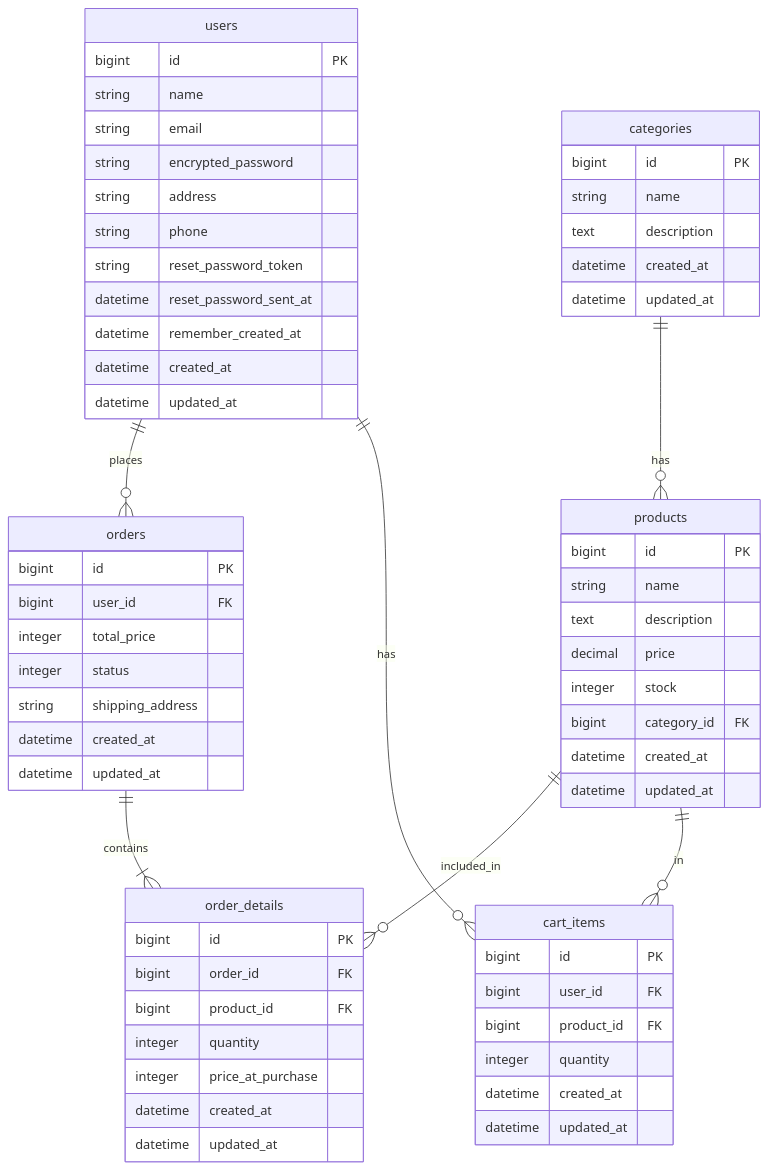
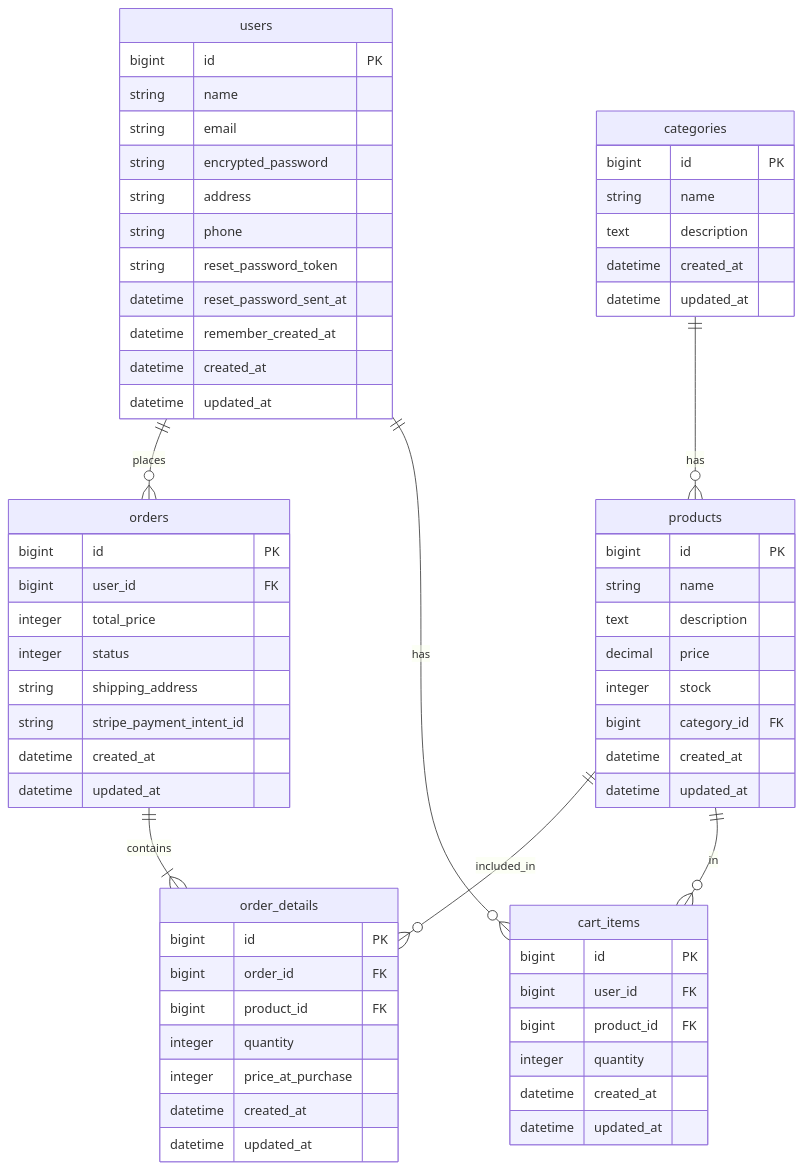
One commit to tomooshima0828/portfolio-next-rails-ecsite changed the diagram in docs/specifications/er_diagram.md. Above: the diagram before and after it, drawn with Mermaid. The commit also changed 4 other files, not shown here.

````diff
--- a/docs/specifications/er_diagram.md
+++ b/docs/specifications/er_diagram.md
@@ -3,74 +3,75 @@
 ```mermaid
 erDiagram
     users {
         bigint id PK
         string name
         string email
         string encrypted_password
         string address
         string phone
         string reset_password_token
         datetime reset_password_sent_at
         datetime remember_created_at
         datetime created_at
         datetime updated_at
     }
 
     products {
         bigint id PK
         string name
         text description
         decimal price
         integer stock
         bigint category_id FK
         datetime created_at
         datetime updated_at
     }
 
     categories {
         bigint id PK
         string name
         text description
         datetime created_at
         datetime updated_at
     }
 
     orders {
         bigint id PK
         bigint user_id FK
         integer total_price
         integer status
         string shipping_address
+        string stripe_payment_intent_id
         datetime created_at
         datetime updated_at
     }
 
     order_details {
         bigint id PK
         bigint order_id FK
         bigint product_id FK
         integer quantity
         integer price_at_purchase
         datetime created_at
         datetime updated_at
     }
 
     cart_items {
         bigint id PK
         bigint user_id FK
         bigint product_id FK
         integer quantity
         datetime created_at
         datetime updated_at
     }
 
     users ||--o{ orders : "places"
     users ||--o{ cart_items : "has"
 
     orders ||--|{ order_details : "contains"
     products ||--o{ order_details : "included_in"
     products ||--o{ cart_items : "in"
 
     categories ||--o{ products : "has"
 
 ```
````
